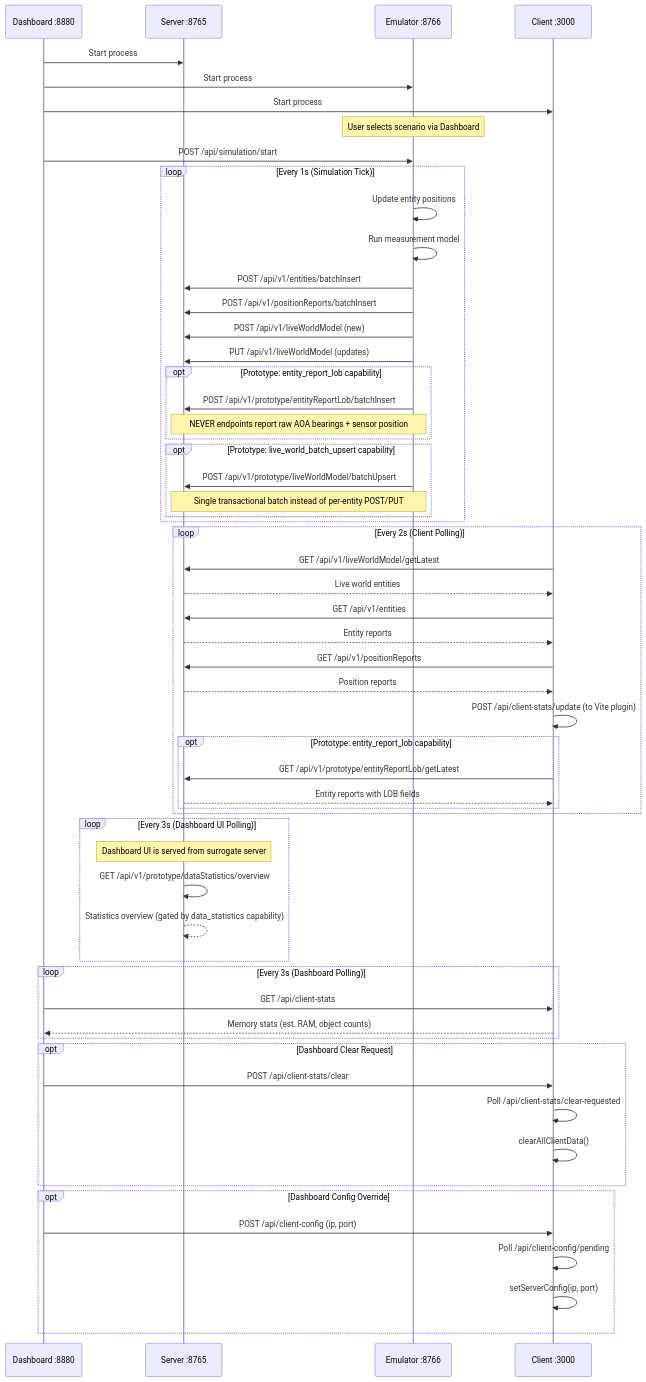
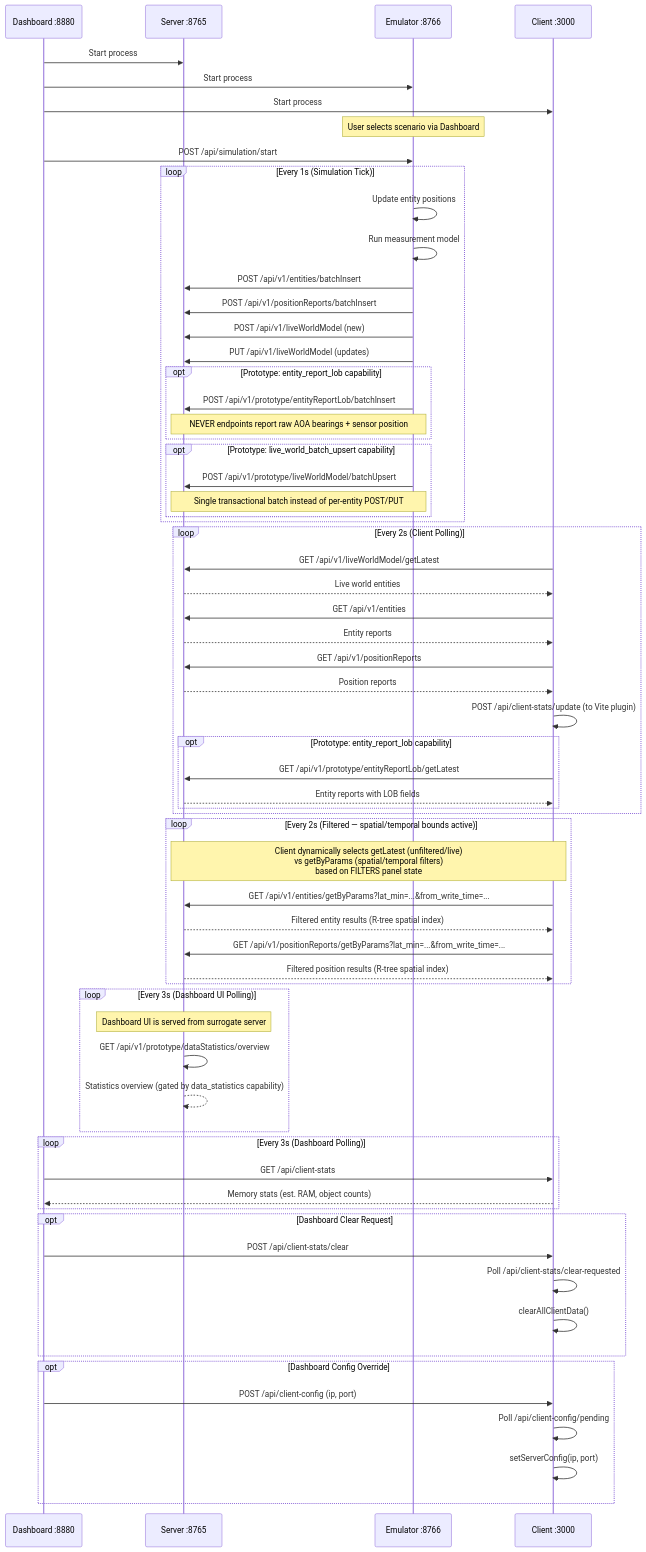
Before and after one commit to ericpauls/disco_workspace: the second of 2 diagrams in docs/system-architecture-diagram.md, drawn with Mermaid. The commit also changed 5 other files, not shown here.

First line of the commit message:
feat: Update client UI submodule — query filtering with FILTERS panel, D3 timelines, heatmap overlay

````diff
--- a/docs/system-architecture-diagram.md
+++ b/docs/system-architecture-diagram.md
@@ -95,72 +95,80 @@
 ```mermaid
 sequenceDiagram
     participant D as Dashboard :8880
     participant S as Server :8765
     participant E as Emulator :8766
     participant C as Client :3000
 
     D->>S: Start process
     D->>E: Start process
     D->>C: Start process
 
     Note over E: User selects scenario via Dashboard
     D->>E: POST /api/simulation/start
 
     loop Every 1s (Simulation Tick)
         E->>E: Update entity positions
         E->>E: Run measurement model
 
         E->>S: POST /api/v1/entities/batchInsert
         E->>S: POST /api/v1/positionReports/batchInsert
         E->>S: POST /api/v1/liveWorldModel (new)
         E->>S: PUT /api/v1/liveWorldModel (updates)
 
         opt Prototype: entity_report_lob capability
             E->>S: POST /api/v1/prototype/entityReportLob/batchInsert
             Note over E,S: NEVER endpoints report raw AOA bearings + sensor position
         end
 
         opt Prototype: live_world_batch_upsert capability
             E->>S: POST /api/v1/prototype/liveWorldModel/batchUpsert
             Note over E,S: Single transactional batch instead of per-entity POST/PUT
         end
     end
 
     loop Every 2s (Client Polling)
         C->>S: GET /api/v1/liveWorldModel/getLatest
         S-->>C: Live world entities
         C->>S: GET /api/v1/entities
         S-->>C: Entity reports
         C->>S: GET /api/v1/positionReports
         S-->>C: Position reports
         C->>C: POST /api/client-stats/update (to Vite plugin)
 
         opt Prototype: entity_report_lob capability
             C->>S: GET /api/v1/prototype/entityReportLob/getLatest
             S-->>C: Entity reports with LOB fields
         end
     end
 
+    loop Every 2s (Filtered — spatial/temporal bounds active)
+        Note over C,S: Client dynamically selects getLatest (unfiltered/live)<br/>vs getByParams (spatial/temporal filters)<br/>based on FILTERS panel state
+        C->>S: GET /api/v1/entities/getByParams?lat_min=...&from_write_time=...
+        S-->>C: Filtered entity results (R-tree spatial index)
+        C->>S: GET /api/v1/positionReports/getByParams?lat_min=...&from_write_time=...
+        S-->>C: Filtered position results (R-tree spatial index)
+    end
+
     loop Every 3s (Dashboard UI Polling)
         Note over S: Dashboard UI is served from surrogate server
         S->>S: GET /api/v1/prototype/dataStatistics/overview
         S-->>S: Statistics overview (gated by data_statistics capability)
     end
 
     loop Every 3s (Dashboard Polling)
         D->>C: GET /api/client-stats
         C-->>D: Memory stats (est. RAM, object counts)
     end
 
     opt Dashboard Clear Request
         D->>C: POST /api/client-stats/clear
         C->>C: Poll /api/client-stats/clear-requested
         C->>C: clearAllClientData()
     end
 
     opt Dashboard Config Override
         D->>C: POST /api/client-config (ip, port)
         C->>C: Poll /api/client-config/pending
         C->>C: setServerConfig(ip, port)
     end
 ```
````
